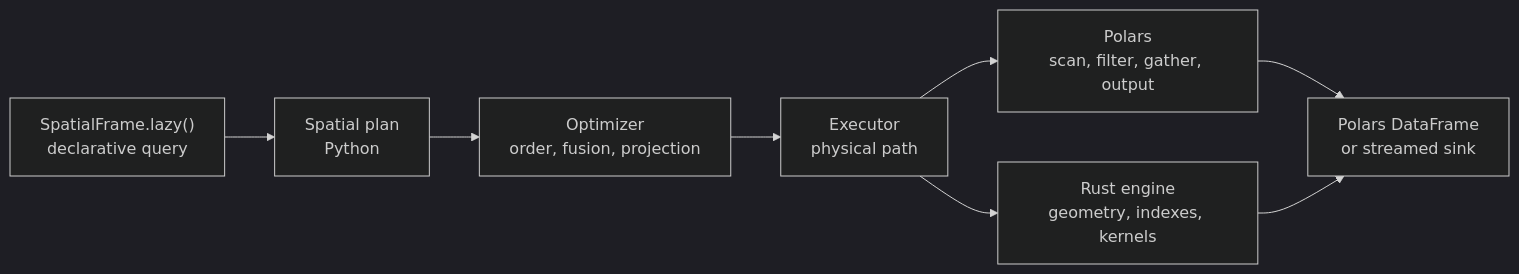
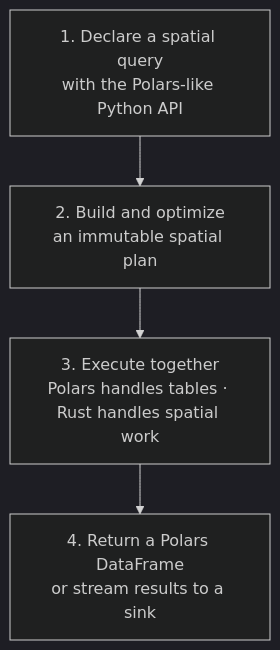
One commit to pranav-walimbe/PyCanopy changed the first of 2 diagrams in docs/how-it-works/architecture.md. Above: the diagram before and after it, drawn with Mermaid (dark theme). The commit also changed other lines of this file and 3 other files, not shown here.

````diff
--- a/docs/how-it-works/architecture.md
+++ b/docs/how-it-works/architecture.md
@@ -5,10 +5,8 @@
 ```mermaid
-flowchart LR
-    U["SpatialFrame.lazy()<br/>declarative query"] --> P["Spatial plan<br/>Python"]
-    P --> O["Optimizer<br/>order, fusion, projection"]
-    O --> E["Executor<br/>physical path"]
-    E --> PL["Polars<br/>scan, filter, gather, output"]
-    E --> R["Rust engine<br/>geometry, indexes, kernels"]
-    PL --> OUT["Polars DataFrame<br/>or streamed sink"]
-    R --> OUT
+flowchart TB
+    Q["1. Declare a spatial query<br/>with the Polars-like Python API"]
+    P["2. Build and optimize<br/>an immutable spatial plan"]
+    E["3. Execute together<br/>Polars handles tables · Rust handles spatial work"]
+    O["4. Return a Polars DataFrame<br/>or stream results to a sink"]
+    Q --> P --> E --> O
 ```
````
